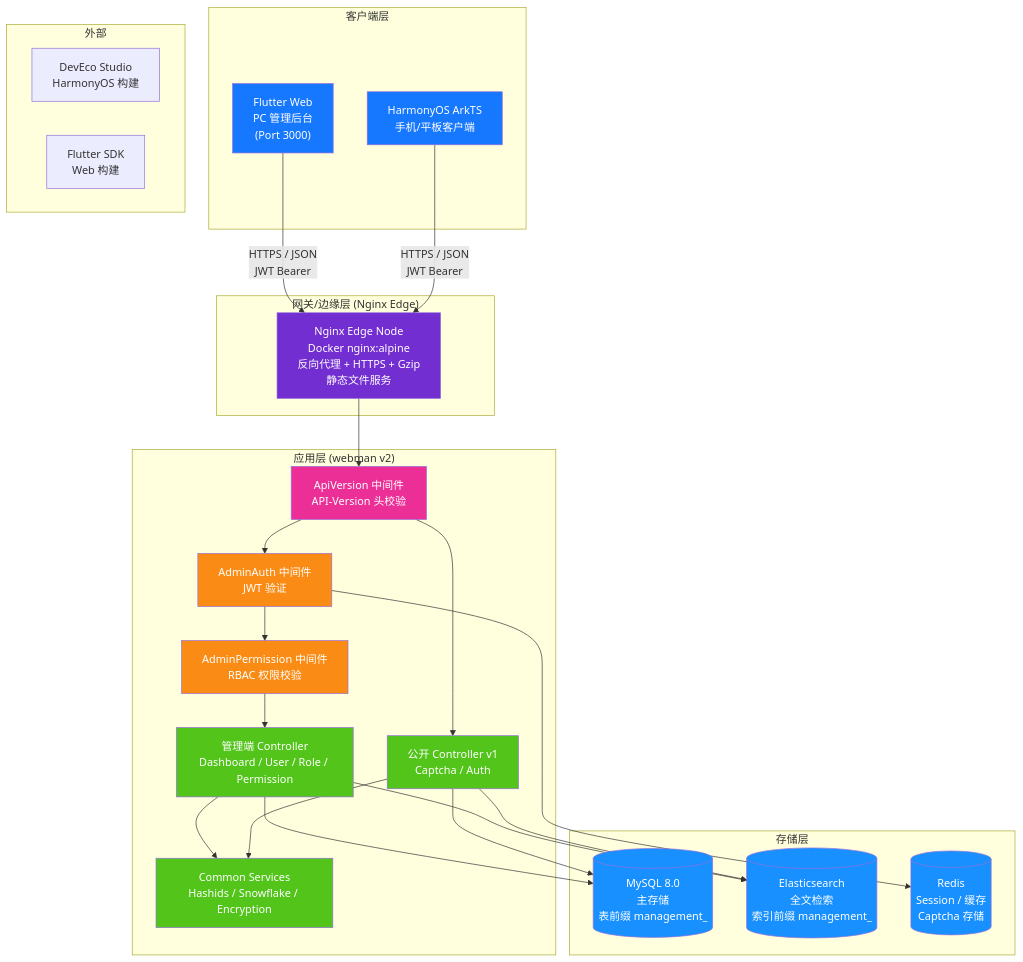
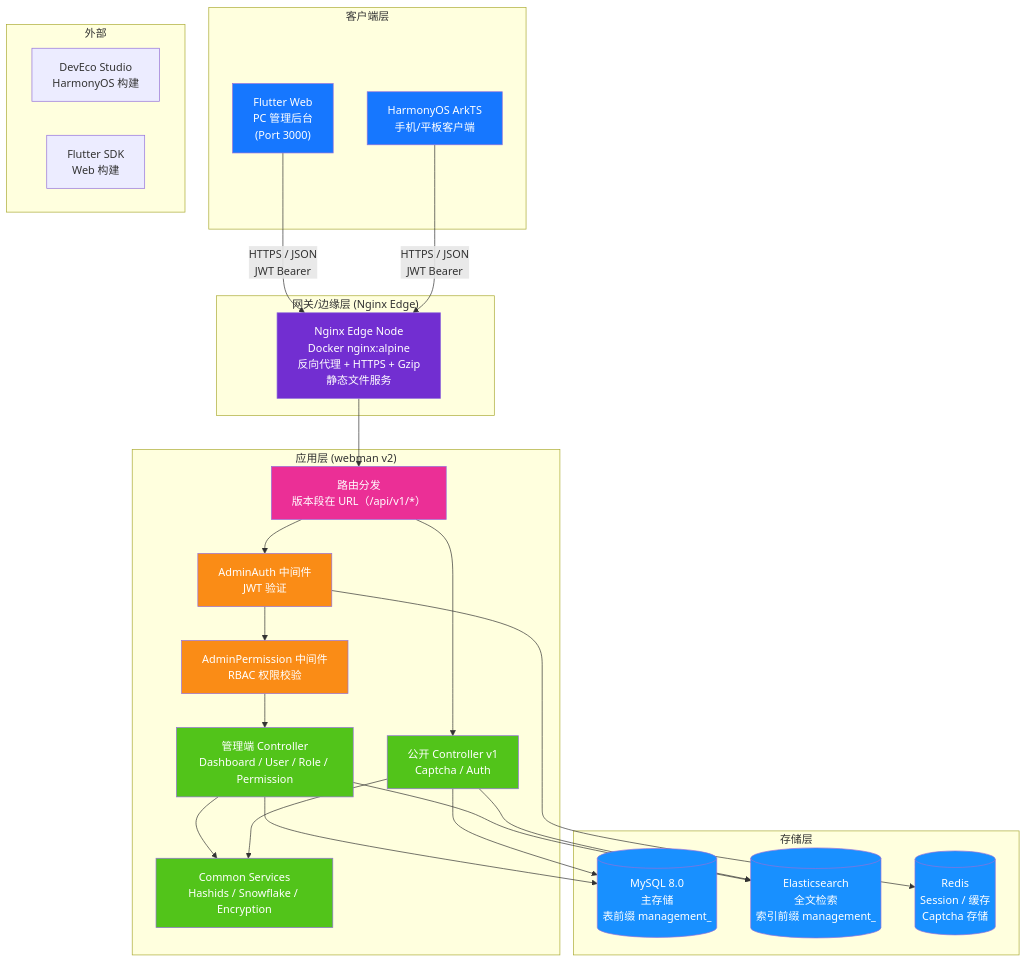
Before and after one commit to erikwang2013/property-management-platform: the first of 14 diagrams in admin/docs/ARCHITECTURE.md, drawn with Mermaid. The commit also changed other lines of this file and 101 other files, not shown here.

First line of the commit message:
P19 URL 版本路由交付：API 版本从请求头迁入接口路由（/api/v1/*、/service/v1/*、/open/v1/*）+ HarmonyOS/loadtest 适配 + 中英与 12 语言文档全量同步 + CHANGELOG v1.3.0

````diff
--- a/admin/docs/ARCHITECTURE.md
+++ b/admin/docs/ARCHITECTURE.md
@@ -11,59 +11,59 @@
 ```mermaid
 flowchart TB
     subgraph "客户端层"
         A1["Flutter Web<br/>PC 管理后台<br/>(Port 3000)"]
         A2["HarmonyOS ArkTS<br/>手机/平板客户端"]
     end
 
     subgraph "网关/边缘层 (Nginx Edge)"
         B1["Nginx Edge Node<br/>Docker nginx:alpine<br/>反向代理 + HTTPS + Gzip<br/>静态文件服务"]
     end
 
     subgraph "应用层 (webman v2)"
-        C0["ApiVersion 中间件<br/>API-Version 头校验"]
+        C0["路由分发<br/>版本段在 URL（/api/v1/*）"]
         C1["AdminAuth 中间件<br/>JWT 验证"]
         C2["AdminPermission 中间件<br/>RBAC 权限校验"]
         C3["管理端 Controller<br/>Dashboard / User / Role / Permission"]
         C4["公开 Controller v1<br/>Captcha / Auth"]
         C5["Common Services<br/>Hashids / Snowflake / Encryption"]
     end
 
     subgraph "存储层"
         D1[("MySQL 8.0<br/>主存储<br/>表前缀 management_")]
         D2[("Elasticsearch<br/>全文检索<br/>索引前缀 management_")]
         D3[("Redis<br/>Session / 缓存<br/>Captcha 存储")]
     end
 
     subgraph "外部"
         E1["DevEco Studio<br/>HarmonyOS 构建"]
         E2["Flutter SDK<br/>Web 构建"]
     end
 
     A1 -->|"HTTPS / JSON<br/>JWT Bearer"| B1
     A2 -->|"HTTPS / JSON<br/>JWT Bearer"| B1
     B1 --> C0
     C0 --> C1
     C1 --> C2
     C2 --> C3
     C0 --> C4
     C3 --> C5
     C4 --> C5
     C3 --> D1
     C4 --> D1
     C3 --> D2
     C4 --> D2
     C1 --> D3
 
     style A1 fill:#1677FF,color:#fff
     style A2 fill:#1677FF,color:#fff
     style B1 fill:#722ED1,color:#fff
     style C0 fill:#EB2F96,color:#fff
     style C1 fill:#FA8C16,color:#fff
     style C2 fill:#FA8C16,color:#fff
     style C3 fill:#52C41A,color:#fff
     style C4 fill:#52C41A,color:#fff
     style C5 fill:#52C41A,color:#fff
     style D1 fill:#1890FF,color:#fff
     style D2 fill:#1890FF,color:#fff
     style D3 fill:#1890FF,color:#fff
 ```
````
